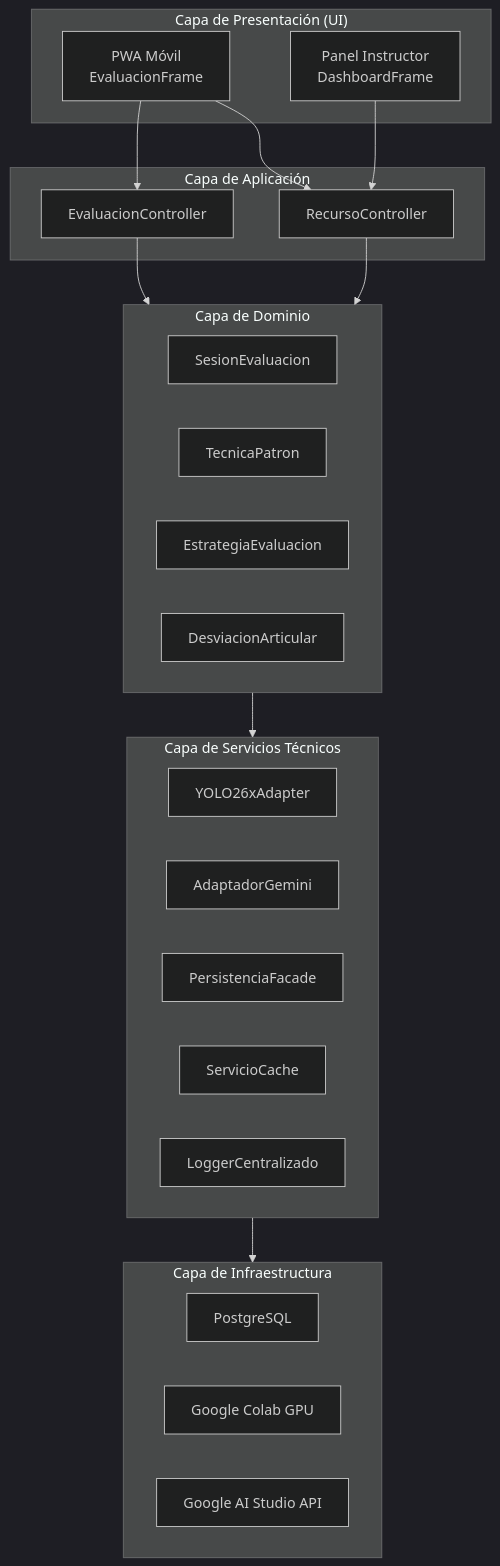
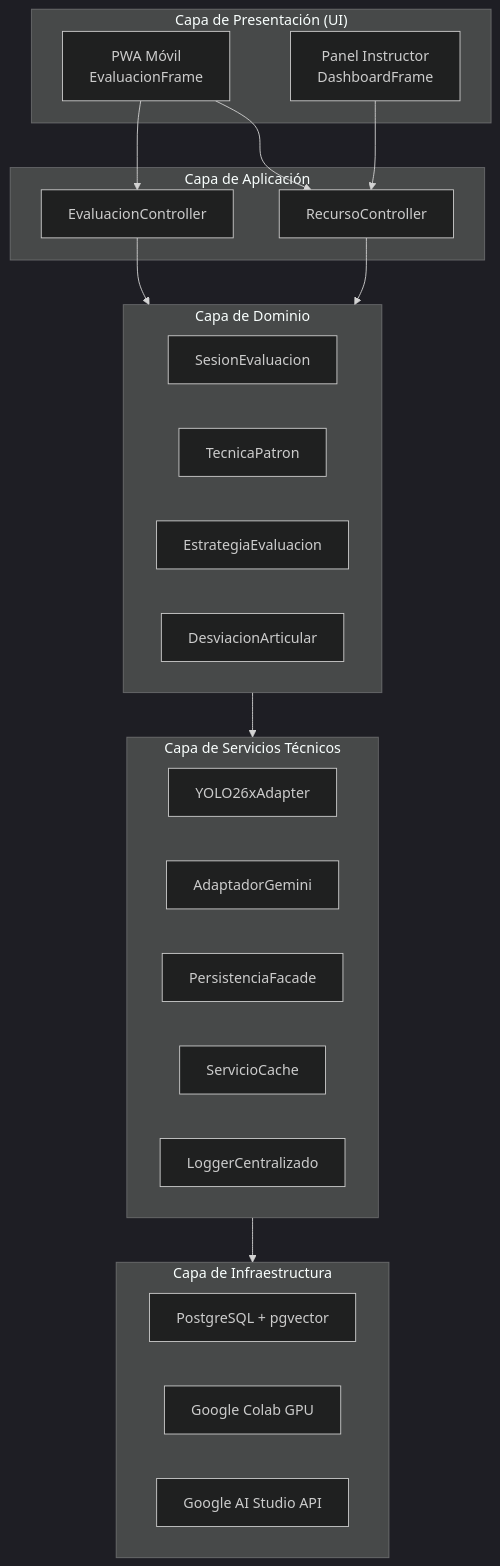
The sixth of 11 diagrams in README.md (Tsmrain/JiuJitsu), drawn with Mermaid (dark theme) before and after one commit. The commit also changed other lines of this file, not shown here.

Commit message:
docs: update README with kinematic imputation techniques, pgvector integration, and FiltroCinetico architectural documentation

````diff
--- a/README.md
+++ b/README.md
@@ -759,41 +768,41 @@
 ```mermaid
 graph TD
     subgraph Presentacion["Capa de Presentación (UI)"]
         PWA["PWA Móvil<br/>EvaluacionFrame"]
         Web["Panel Instructor<br/>DashboardFrame"]
     end
 
     subgraph Aplicacion["Capa de Aplicación"]
         RC["RecursoController"]
         EC["EvaluacionController"]
     end
 
     subgraph Dominio["Capa de Dominio"]
         SE["SesionEvaluacion"]
         TP["TecnicaPatron"]
         EP["EstrategiaEvaluacion"]
         DA["DesviacionArticular"]
     end
 
     subgraph Servicios["Capa de Servicios Técnicos"]
         YOLO["YOLO26xAdapter"]
         GEM["AdaptadorGemini"]
         PERS["PersistenciaFacade"]
         CACHE["ServicioCache"]
         LOG["LoggerCentralizado"]
     end
 
     subgraph Infraestructura["Capa de Infraestructura"]
-        PG["PostgreSQL"]
+        PG["PostgreSQL + pgvector"]
         COLAB["Google Colab GPU"]
         GAPI["Google AI Studio API"]
     end
 
     PWA --> RC
     PWA --> EC
     Web --> RC
     RC --> Dominio
     EC --> Dominio
     Dominio --> Servicios
     Servicios --> Infraestructura
 ```
````
